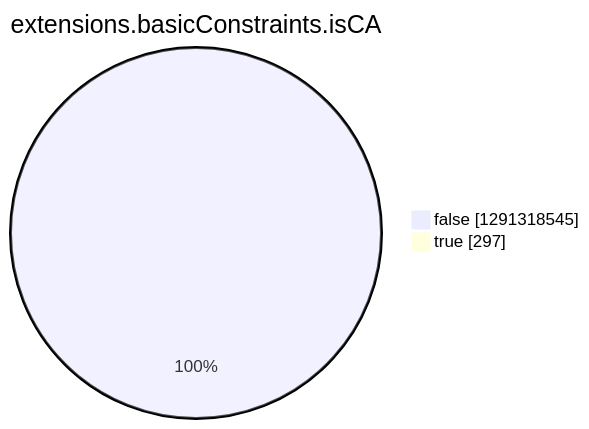
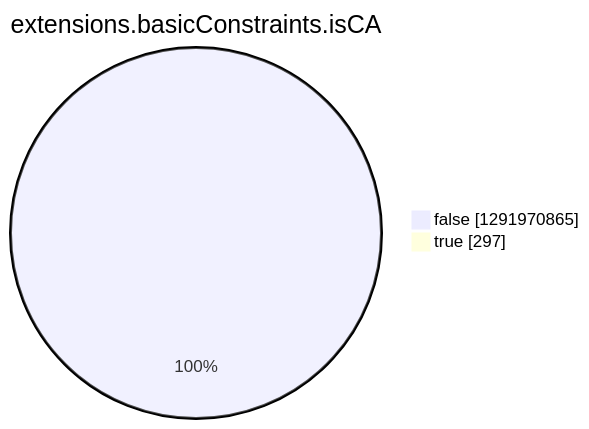
The eighth of 15 diagrams in argon2022/README.md (christiankrug/ctmonitor_visualization), drawn with Mermaid before and after one commit. The commit also changed other lines of this file, not shown here.

````diff
--- a/argon2022/README.md
+++ b/argon2022/README.md
@@ -2756,6 +2756,6 @@
 ```mermaid
 pie showData
 title extensions.basicConstraints.isCA
-"false" :1291318545
+"false" :1291970865
 "true" :297
 ```
````
